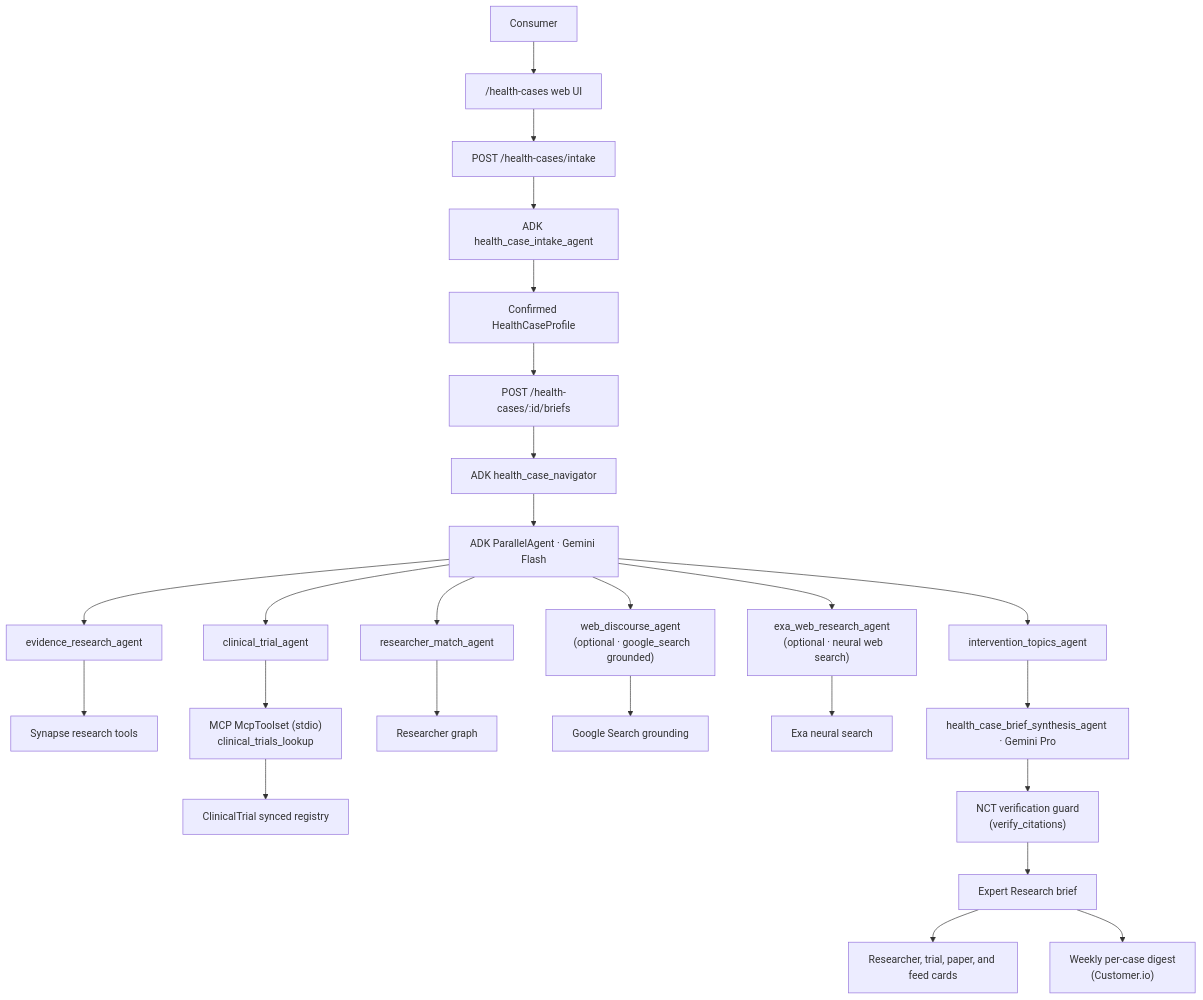
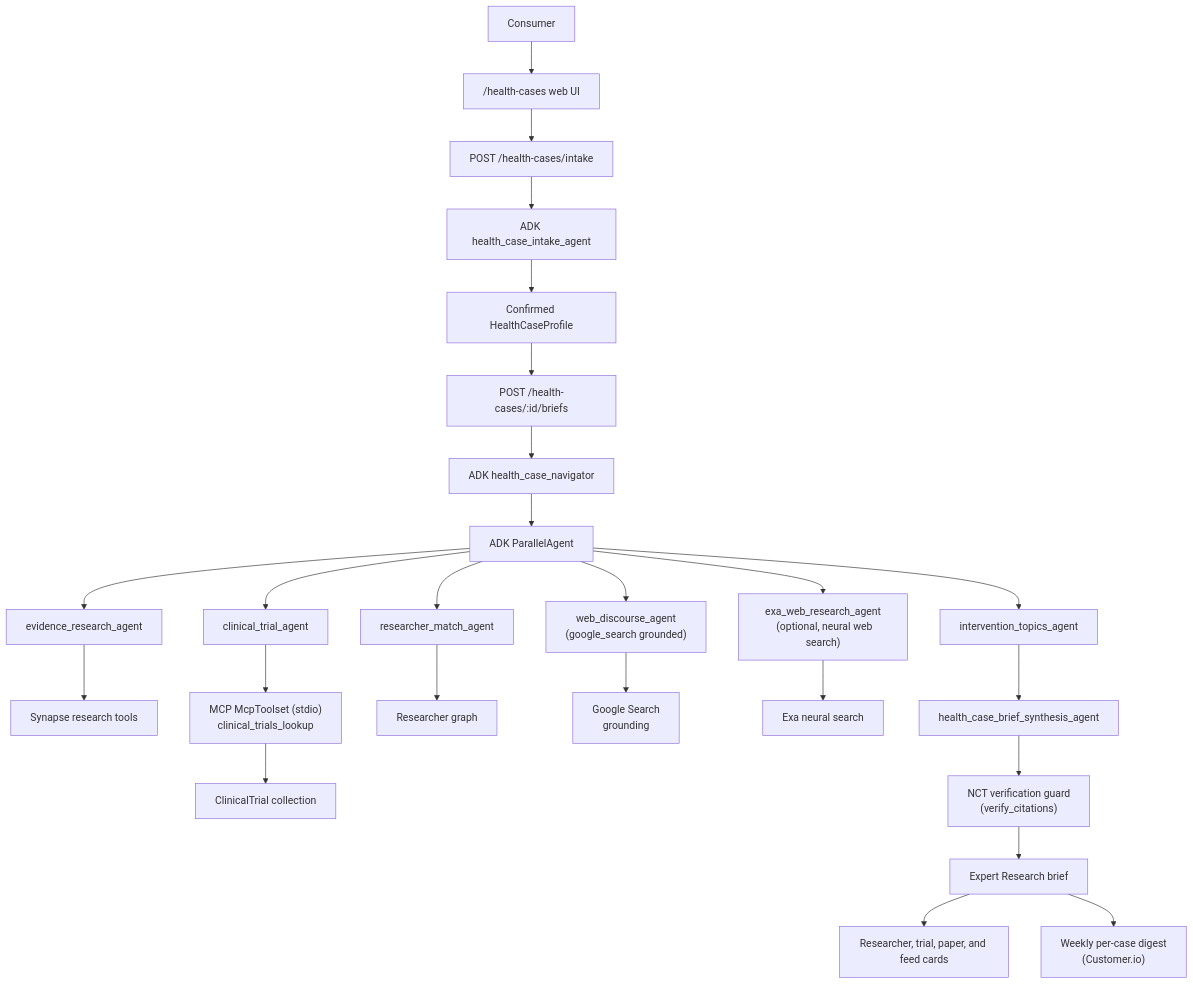
One commit to synapse-social-org/synapse-health-cases-adk changed the diagram in docs/google-adk-health-cases-architecture.md. Above: the diagram before and after it, drawn with Mermaid. The commit also changed other lines of this file, not shown here.

Commit message:
docs: sync architecture doc with monorepo main

````diff
--- a/docs/google-adk-health-cases-architecture.md
+++ b/docs/google-adk-health-cases-architecture.md
@@ -50,32 +50,33 @@
 ```mermaid
 flowchart TD
   User["Consumer"] --> Web["/health-cases web UI"]
   Web --> Intake["POST /health-cases/intake"]
   Intake --> IntakeAgent["ADK health_case_intake_agent"]
   IntakeAgent --> Profile["Confirmed HealthCaseProfile"]
   Profile --> Brief["POST /health-cases/:id/briefs"]
   Brief --> Workflow["ADK health_case_navigator"]
-  Workflow --> Parallel["ADK ParallelAgent · Gemini Flash"]
+  Workflow --> Parallel["ADK ParallelAgent"]
   Parallel --> Evidence["evidence_research_agent"]
   Parallel --> Trials["clinical_trial_agent"]
   Parallel --> Researchers["researcher_match_agent"]
   Parallel --> WebDiscourse["web_discourse_agent
-  (optional · google_search grounded)"]
+  (google_search grounded)"]
   Parallel --> Exa["exa_web_research_agent
-  (optional · neural web search)"]
+  (optional, neural web search)"]
   Evidence --> Tools["Synapse research tools"]
   Trials --> MCP["MCP McpToolset (stdio)
   clinical_trials_lookup"]
-  MCP --> TrialDB["ClinicalTrial synced registry"]
+  MCP --> TrialDB["ClinicalTrial collection"]
   Researchers --> AuthorGraph["Researcher graph"]
-  WebDiscourse --> GoogleSearch["Google Search grounding"]
+  WebDiscourse --> GoogleSearch["Google Search
+  grounding"]
   Exa --> ExaAPI["Exa neural search"]
   Parallel --> Topics["intervention_topics_agent"]
-  Topics --> Synthesis["health_case_brief_synthesis_agent · Gemini Pro"]
+  Topics --> Synthesis["health_case_brief_synthesis_agent"]
   Synthesis --> Guard["NCT verification guard
   (verify_citations)"]
   Guard --> Result["Expert Research brief"]
   Result --> Cards["Researcher, trial, paper, and feed cards"]
   Result --> Digest["Weekly per-case digest
   (Customer.io)"]
 ```
````
